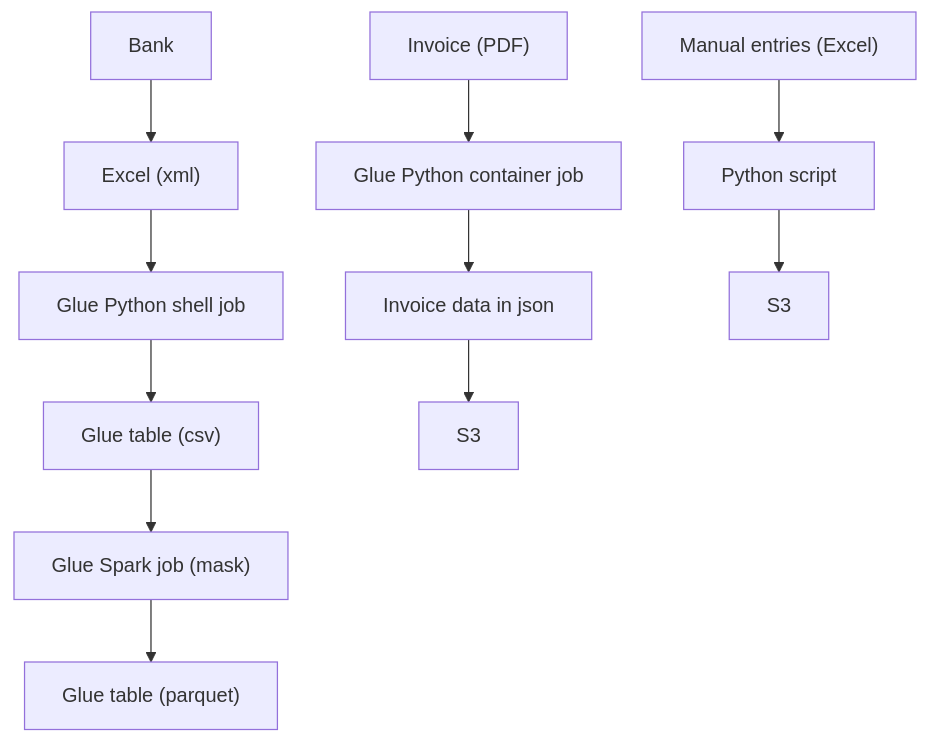
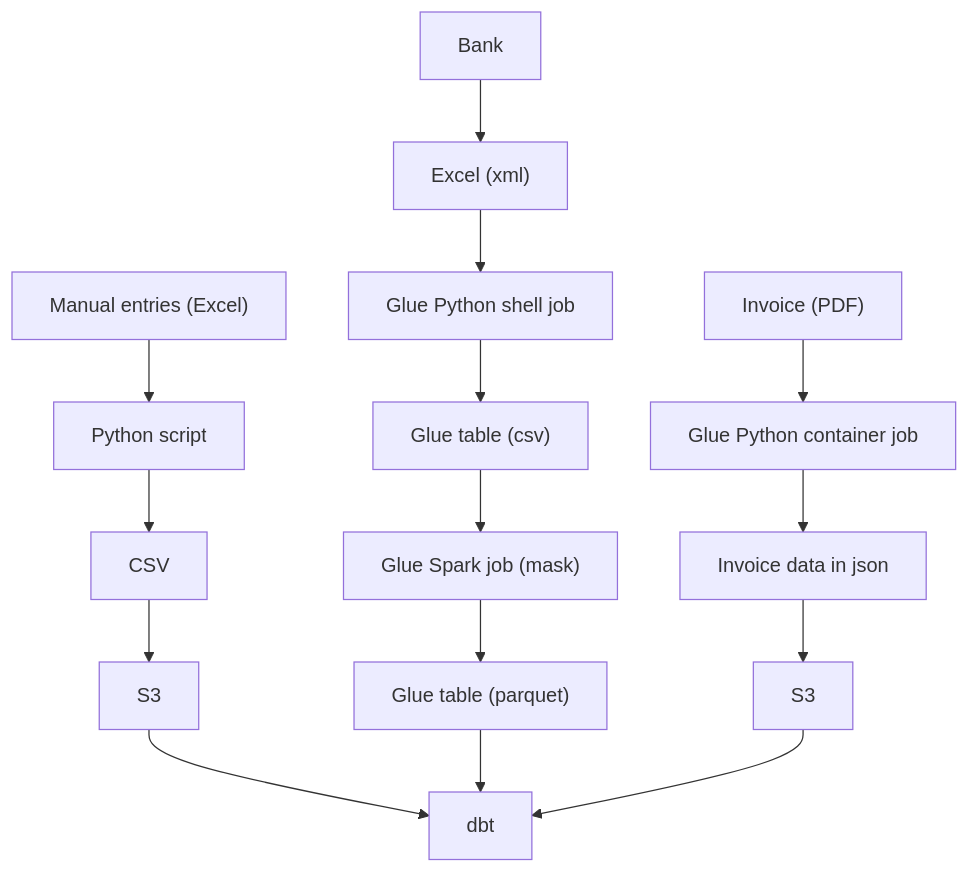
Before and after one commit to opoyry/v2023: the diagram in README.md, drawn with Mermaid. The commit also changed other lines of this file and 44 other files, not shown here.

````diff
--- a/README.md
+++ b/README.md
@@ -35,15 +37,20 @@
 ```mermaid
 graph TD;
     A[Bank]-->B["Excel (xml)"]
     B-->C[Glue Python shell job]
     C-->D["Glue table (csv)"]
     D-->E["Glue Spark job (mask)"]
     E-->F["Glue table (parquet)"]
 
     BA["Invoice (PDF)"]-->BB["Glue Python container job"]
     BB-->BC[Invoice data in json]
     BC-->BD["S3"]
 
     CA["Manual entries (Excel)"]-->CC["Python script"]
-    CC-->CD["S3"]
+    CC-->CD["CSV"]
+    CD-->CE["S3"]
+
+    CE-->DBT["dbt"]
+    F-->DBT
+    BD-->DBT
 ```
````
